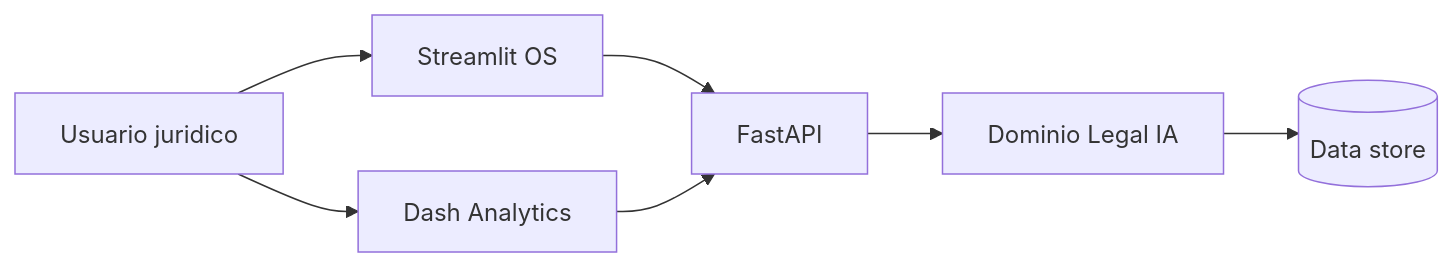
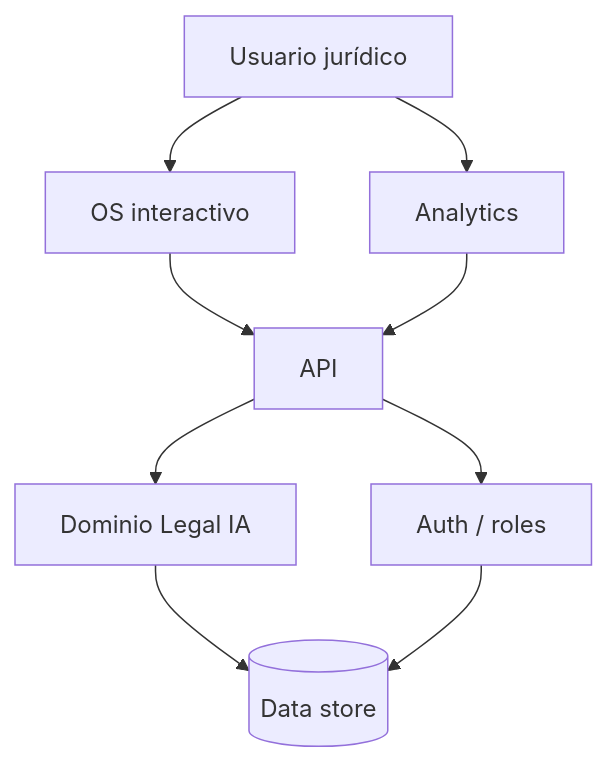
Before and after one commit to medellinwebsoluciones/web-ricardo: the diagram in docs/portfolio-briefs/arch/lexia-legal-os.mmd, drawn with Mermaid. The commit also changed 45 other files, not shown here.

```diff
--- a/docs/portfolio-briefs/arch/lexia-legal-os.mmd
+++ b/docs/portfolio-briefs/arch/lexia-legal-os.mmd
@@ -1,7 +1,9 @@
-flowchart LR
-  User[Usuario juridico] --> OS[Streamlit OS]
-  User --> Analytics[Dash Analytics]
-  OS --> API[FastAPI]
-  Analytics --> API
-  API --> Domain[Dominio Legal IA]
-  Domain --> Data[(Data store)]
+flowchart TB
+  U[Usuario jurídico] --> OS[OS interactivo]
+  U --> Dash[Analytics]
+  OS --> API[API]
+  Dash --> API
+  API --> Dom[Dominio Legal IA]
+  API --> Auth[Auth / roles]
+  Dom --> DB[(Data store)]
+  Auth --> DB
```
